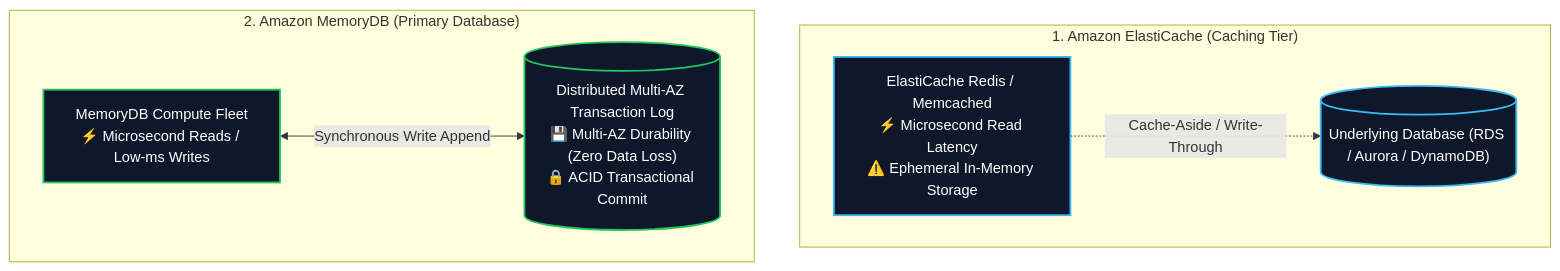
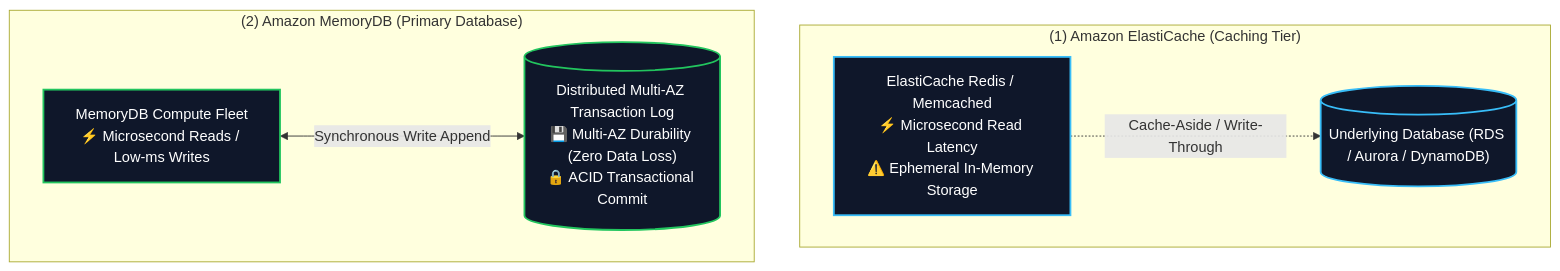
The second of 6 diagrams in content/02-services/database/nosql-specialized-databases.md (Wathon/aws-dea-c01-note), drawn with Mermaid before and after one commit. The commit also changed other lines of this file and 19 other files, not shown here.

Commit message:
fix(mermaid): resolve 'Unsupported markdown: list' rendering issues across all diagram node and edge labels

````diff
--- a/content/02-services/database/nosql-specialized-databases.md
+++ b/content/02-services/database/nosql-specialized-databases.md
@@ -62,20 +62,20 @@
 ```mermaid
 graph TB
-    subgraph ElastiCacheArch["1. Amazon ElastiCache (Caching Tier)"]
+    subgraph ElastiCacheArch["(1) Amazon ElastiCache (Caching Tier)"]
         EC_Node["ElastiCache Redis / Memcached<br/>⚡ Microsecond Read Latency<br/>⚠️ Ephemeral In-Memory Storage"]
         RDS_Backing[("Underlying Database (RDS / Aurora / DynamoDB)")]
         EC_Node -.->|"Cache-Aside / Write-Through"| RDS_Backing
     end
 
-    subgraph MemoryDBArch["2. Amazon MemoryDB (Primary Database)"]
+    subgraph MemoryDBArch["(2) Amazon MemoryDB (Primary Database)"]
         MDB_Compute["MemoryDB Compute Fleet<br/>⚡ Microsecond Reads / Low-ms Writes"]
         MDB_TxLog[("Distributed Multi-AZ Transaction Log<br/>💾 Multi-AZ Durability (Zero Data Loss)<br/>🔒 ACID Transactional Commit")]
         MDB_Compute <-->|"Synchronous Write Append"| MDB_TxLog
     end
 
     classDef ec fill:#0f172a,stroke:#38bdf8,stroke-width:2px,color:#fff;
     classDef mdb fill:#0f172a,stroke:#22c55e,stroke-width:2px,color:#fff;
 
     class EC_Node,RDS_Backing ec;
     class MDB_Compute,MDB_TxLog mdb;
 ```
````
